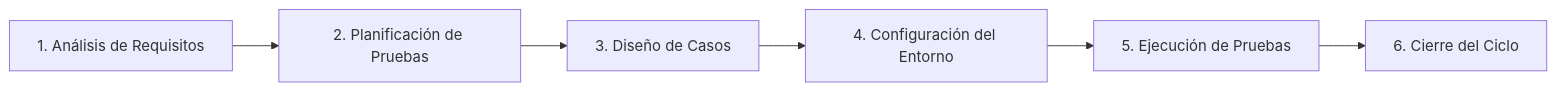
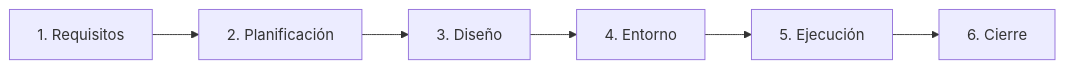
Before and after one commit to Gonza2000/taller_caja_negra_repo: the second of 2 diagrams in README.md, drawn with Mermaid. The commit also changed other lines of this file and 2 other files, not shown here.

````diff
--- a/README.md
+++ b/README.md
@@ -60,8 +81,8 @@
 ```mermaid
 flowchart LR
-    A["1. Análisis de Requisitos"] --> B["2. Planificación de Pruebas"]
-    B --> C["3. Diseño de Casos"]
-    C --> D["4. Configuración del Entorno"]
-    D --> E["5. Ejecución de Pruebas"]
-    E --> F["6. Cierre del Ciclo"]
+    A["1. Requisitos"] --> B["2. Planificación"]
+    B --> C["3. Diseño"]
+    C --> D["4. Entorno"]
+    D --> E["5. Ejecución"]
+    E --> F["6. Cierre"]
 ```
````
